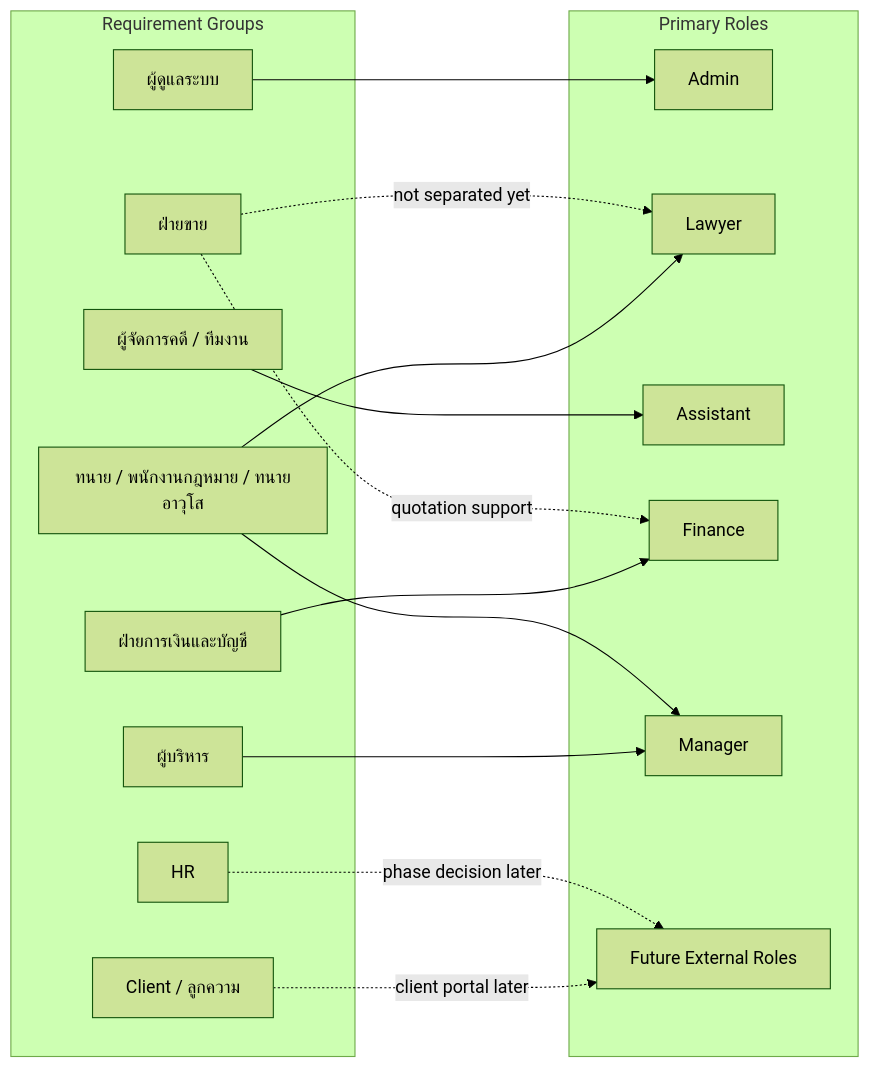
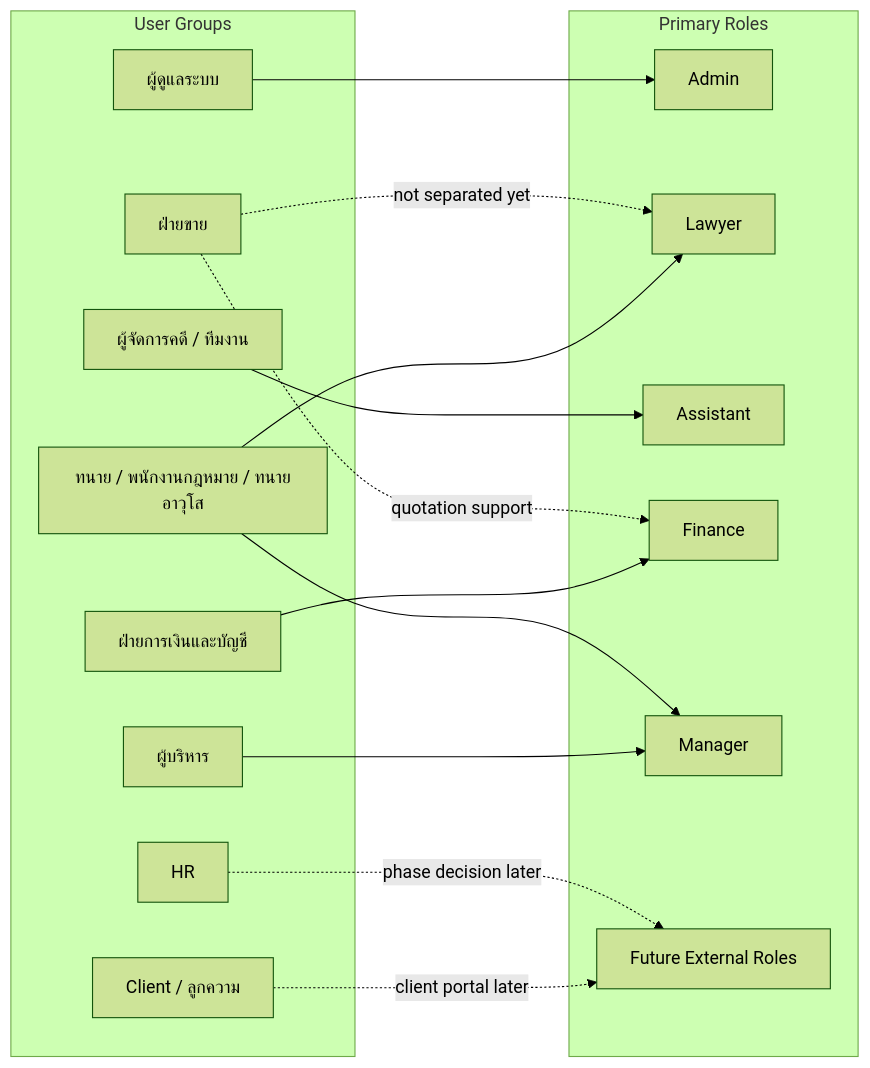
One commit to yukasung/legal_erp_docs changed the diagram in docs/app/docs/roles/page.mdx. Above: the diagram before and after it, drawn with Mermaid (forest theme). The commit also changed other lines of this file and 17 other files, not shown here.

````diff
--- a/docs/app/docs/roles/page.mdx
+++ b/docs/app/docs/roles/page.mdx
@@ -29,33 +29,33 @@
 ```mermaid
 flowchart LR
-  subgraph Requirement["Requirement Groups"]
+  subgraph UserGroups["User Groups"]
     Client["Client / ลูกความ"]
     LegalTeam["ทนาย / พนักงานกฎหมาย / ทนายอาวุโส"]
     CaseManager["ผู้จัดการคดี / ทีมงาน"]
     Sales["ฝ่ายขาย"]
     Accounting["ฝ่ายการเงินและบัญชี"]
     HR["HR"]
     Executive["ผู้บริหาร"]
     SystemAdmin["ผู้ดูแลระบบ"]
   end
 
   subgraph Baseline["Primary Roles"]
     Admin["Admin"]
     Lawyer["Lawyer"]
     Assistant["Assistant"]
     Finance["Finance"]
     Manager["Manager"]
     Future["Future External Roles"]
   end
 
   SystemAdmin --> Admin
   LegalTeam --> Lawyer
   CaseManager --> Assistant
   Accounting --> Finance
   Executive --> Manager
   LegalTeam --> Manager
   Client -. "client portal later" .-> Future
   Sales -. "not separated yet" .-> Lawyer
   Sales -. "quotation support" .-> Finance
   HR -. "phase decision later" .-> Future
 ```
````
